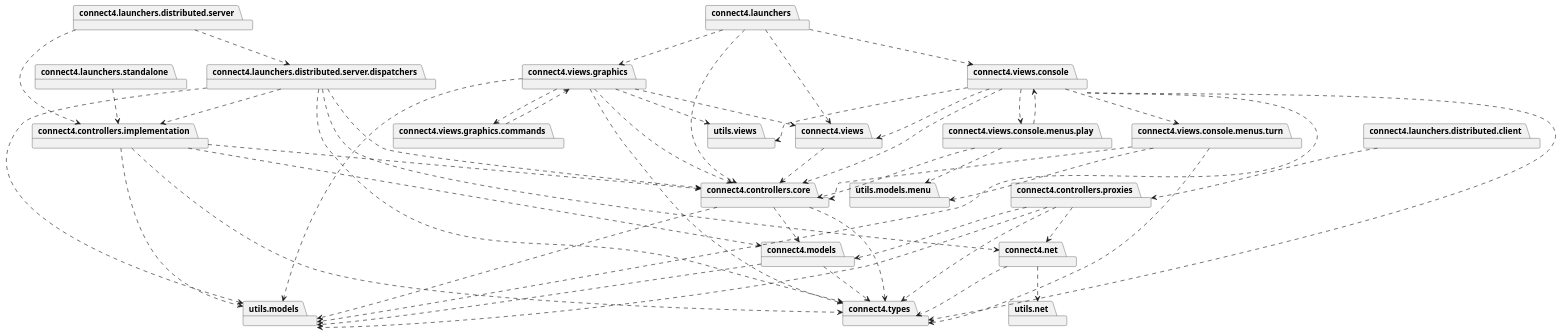
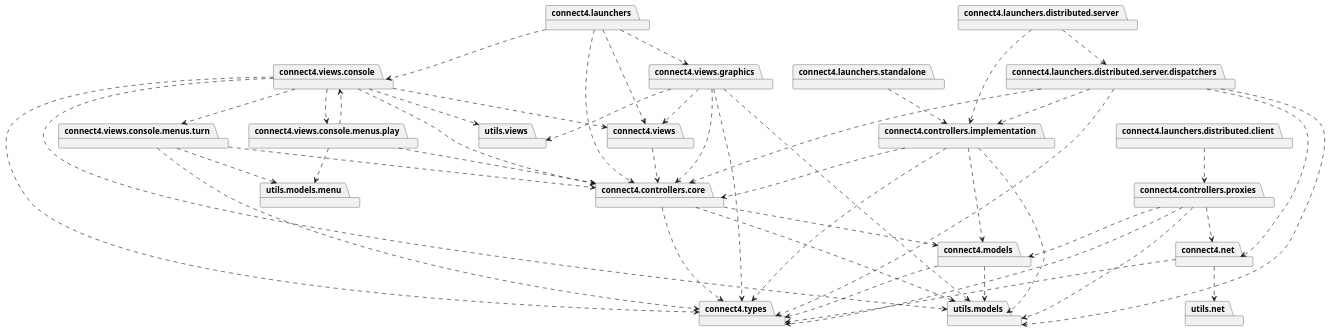
Before and after one commit to js-rom/connect4: the diagram in connect4/Docs/diagrams/src/packages/packageDiagramDistributed.plantuml, drawn with PlantUML. The commit also changed 28 other files, not shown here.

Commit message:
refactor: reorganize graphhics viw package and remove cicle between Command and PlayPanelView #7

```diff
--- a/connect4/Docs/diagrams/src/packages/packageDiagramDistributed.plantuml
+++ b/connect4/Docs/diagrams/src/packages/packageDiagramDistributed.plantuml
@@ -1,90 +1,86 @@
 @startuml
 
 package connect4.launchers
 package connect4.controllers.core
 package connect4.views
 package connect4.views.console
 package connect4.views.graphics
 
 connect4.launchers ..> connect4.controllers.core
 connect4.launchers ..> connect4.views
 connect4.launchers ..> connect4.views.console
 connect4.launchers ..> connect4.views.graphics
 
 package connect4.launchers.standalone
 package connect4.controllers.implementation
 connect4.launchers.standalone ..> connect4.controllers.implementation
 
 package connect4.launchers.distributed.client
 package connect4.controllers.proxies
 connect4.launchers.distributed.client ..> connect4.controllers.proxies
 
 package connect4.launchers.distributed.server
 package connect4.launchers.distributed.server.dispatchers
 connect4.launchers.distributed.server ..> connect4.launchers.distributed.server.dispatchers
 connect4.launchers.distributed.server ..> connect4.controllers.implementation
 package connect4.types
 package utils.models
 package connect4.controllers.core
 connect4.launchers.distributed.server.dispatchers ..> connect4.controllers.implementation
 connect4.launchers.distributed.server.dispatchers ..> connect4.types
 connect4.launchers.distributed.server.dispatchers ..> utils.models
 connect4.launchers.distributed.server.dispatchers ..> connect4.controllers.core
 package connect4.net
 connect4.launchers.distributed.server.dispatchers ..> connect4.net
 
 package connect4.models
 connect4.models ..> connect4.types
 connect4.models ..> utils.models
 
 
 connect4.net ..> connect4.types
 package utils.net
 connect4.net ..> utils.net
 
 package connect4.controllers.core
 connect4.controllers.core ..> connect4.types
 connect4.controllers.core ..> connect4.models
 connect4.controllers.core ..> utils.models
 
 connect4.controllers.implementation ..> connect4.controllers.core
 connect4.controllers.implementation ..> connect4.models
 connect4.controllers.implementation ..> connect4.types
 connect4.controllers.implementation ..> utils.models
 
 connect4.controllers.proxies ..> connect4.types
 connect4.controllers.proxies ..> connect4.net
 connect4.controllers.proxies ..> utils.models
 connect4.controllers.proxies ..> connect4.models
 
 connect4.views ..> connect4.controllers.core
 connect4.views.console ..> connect4.controllers.core
 connect4.views.console ..> connect4.views
 connect4.views.console ..> utils.models
 package utils.views
 connect4.views.console ..> utils.views
 connect4.views.console ..> connect4.types
 package connect4.views.console.menus.play
 package connect4.views.console.menus.turn
 connect4.views.console ..> connect4.views.console.menus.play
 connect4.views.console ..> connect4.views.console.menus.turn
 connect4.views.console.menus.play ..> connect4.controllers.core
 connect4.views.console.menus.play ..> connect4.views.console
 package utils.models.menu
 connect4.views.console.menus.play ..> utils.models.menu
 connect4.views.console.menus.turn ..> connect4.controllers.core
 connect4.views.console.menus.turn ..> utils.models.menu
 connect4.views.console.menus.turn ..> connect4.types
 
 connect4.views.graphics ..> connect4.controllers.core
 connect4.views.graphics ..> connect4.types
 connect4.views.graphics ..> utils.models
 connect4.views.graphics ..> connect4.views
 connect4.views.graphics ..> utils.views
-package connect4.views.graphics.commands
-connect4.views.graphics ..> connect4.views.graphics.commands
-
-connect4.views.graphics.commands ..> connect4.views.graphics
 
 
 @enduml
```
